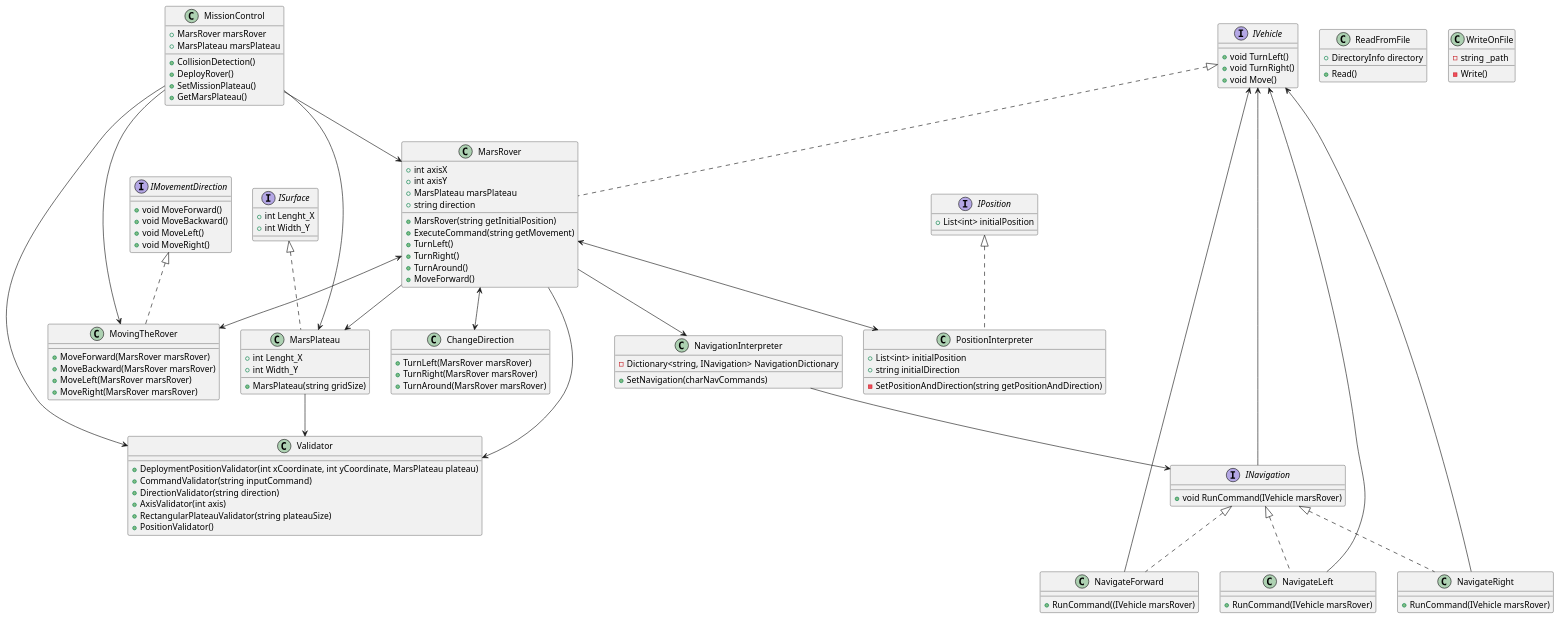
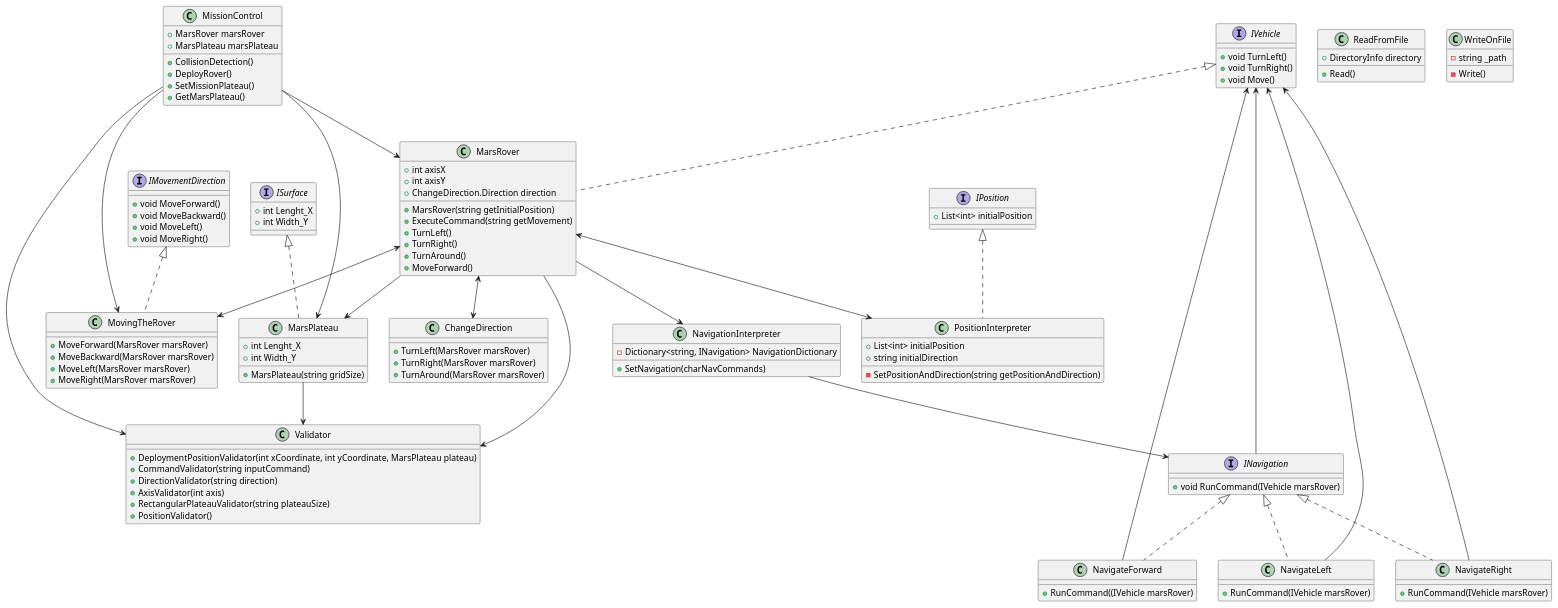
One commit to vahidkianfar/Mars-Rover-Project changed the diagram in Mars-Rover-Project/UML-Diagram/MarsRover.puml. Above: the diagram before and after it, drawn with PlantUML. The commit also changed 5 other files, not shown here.

```diff
--- a/Mars-Rover-Project/UML-Diagram/MarsRover.puml
+++ b/Mars-Rover-Project/UML-Diagram/MarsRover.puml
@@ -1,145 +1,145 @@
 @startuml "MarsRover-Kata-UML.png"
 
 interface IVehicle
 {
 + void TurnLeft()
 + void TurnRight()
 + void Move()
 }
 
 interface ISurface
 {
 + int Lenght_X
 + int Width_Y
 }
 
 interface IPosition
 {
 + List<int> initialPosition
 }
 
 interface INavigation
 {
 + void RunCommand(IVehicle marsRover)
 }
 
 interface IMovementDirection
 {
 + void MoveForward()
 + void MoveBackward()
 + void MoveLeft()
 + void MoveRight()
 }
 
 class MarsRover implements IVehicle
 {
 + int axisX
 + int axisY
-+ MarsPlateau marsPlateau
-+ string direction
++ ChangeDirection.Direction direction
+
 + MarsRover(string getInitialPosition)
 + ExecuteCommand(string getMovement)
 + TurnLeft()
 + TurnRight()
 + TurnAround()
 + MoveForward()
 }
 class MissionControl
 {
 + MarsRover marsRover
 + MarsPlateau marsPlateau
 
 + CollisionDetection()
 + DeployRover()
 + SetMissionPlateau()
 + GetMarsPlateau()
 
 }
 class MarsPlateau implements ISurface
 {
 + int Lenght_X
 + int Width_Y
 + MarsPlateau(string gridSize)
 }
 class NavigateLeft implements INavigation
 {
 + RunCommand(IVehicle marsRover)
 }
 
 class NavigateRight implements INavigation
 {
 + RunCommand(IVehicle marsRover)
 }
 class PositionInterpreter implements IPosition
 {
 + List<int> initialPosition
 + string initialDirection
 - SetPositionAndDirection(string getPositionAndDirection)
 }
 class NavigateForward implements INavigation
 {
 + RunCommand((IVehicle marsRover)
 }
 class NavigationInterpreter
 {
 - Dictionary<string, INavigation> NavigationDictionary
 + SetNavigation(charNavCommands)
 }
 class ChangeDirection
 {
 + TurnLeft(MarsRover marsRover)
 + TurnRight(MarsRover marsRover)
 + TurnAround(MarsRover marsRover)
 }
 
 class MovingTheRover implements IMovementDirection
 {
 + MoveForward(MarsRover marsRover)
 + MoveBackward(MarsRover marsRover)
 + MoveLeft(MarsRover marsRover)
 + MoveRight(MarsRover marsRover)
 }
 class Validator
 {
 + DeploymentPositionValidator(int xCoordinate, int yCoordinate, MarsPlateau plateau)
 + CommandValidator(string inputCommand)
 + DirectionValidator(string direction)
 + AxisValidator(int axis)
 + RectangularPlateauValidator(string plateauSize)
 + PositionValidator()
 }
 
 class ReadFromFile
 {
 + DirectoryInfo directory
 + Read()
 }
 class WriteOnFile
 {
 - string _path
 - Write()
 }
 INavigation --> IVehicle
 MarsRover <--> ChangeDirection
 MarsRover <--> MovingTheRover
 MarsRover <--> PositionInterpreter
 MarsRover --> MarsPlateau
 MarsRover --> NavigationInterpreter
 MarsRover --> Validator
 
 
 NavigateLeft --> IVehicle
 NavigateRight --> IVehicle
 NavigateForward --> IVehicle
 
 NavigationInterpreter --> INavigation
 
 MarsPlateau --> Validator
 
 MissionControl --> MarsRover
 MissionControl --> MarsPlateau
 MissionControl --> Validator
 MissionControl --> MovingTheRover
 
 
 @enduml
```
